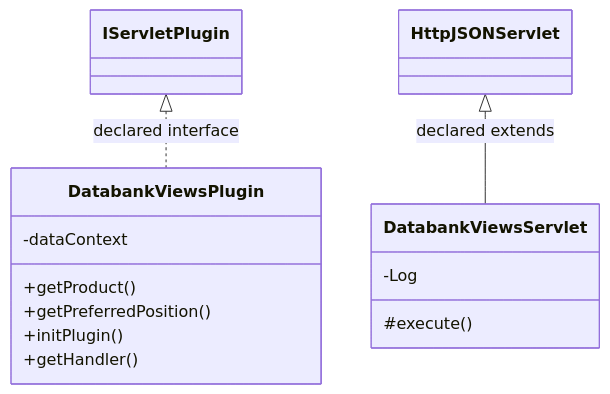
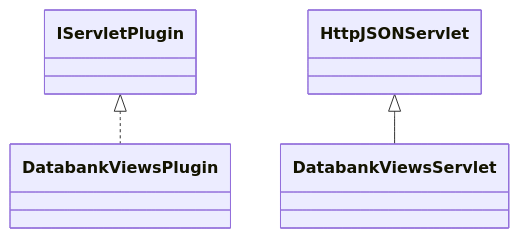
Before and after one commit to haruperi/HaruQuantAI: the diagram in docs/sqx/Results/ResultsDatabankViews.md, drawn with Mermaid. The commit also changed other lines of this file and 1688 other files, not shown here.

````diff
--- a/docs/sqx/Results/ResultsDatabankViews.md
+++ b/docs/sqx/Results/ResultsDatabankViews.md
@@ -30,18 +26,9 @@
 ```mermaid
 classDiagram
-    class Cd83e8f7ad64b["DatabankViewsPlugin"] {
-        -dataContext
-        +getProduct()
-        +getPreferredPosition()
-        +initPlugin()
-        +getHandler()
-    }
-    class C9d9260e84407["DatabankViewsServlet"] {
-        -Log
-        #execute()
-    }
-    class C249b5c671b1a["IServletPlugin"]
-    class C8900f90ae594["HttpJSONServlet"]
-    C249b5c671b1a <|.. Cd83e8f7ad64b : declared interface
-    C8900f90ae594 <|-- C9d9260e84407 : declared extends
+    class C0["DatabankViewsPlugin"]
+    class C1["DatabankViewsServlet"]
+    class E0["IServletPlugin"]
+    E0 <|.. C0
+    class E1["HttpJSONServlet"]
+    E1 <|-- C1
 ```
````
